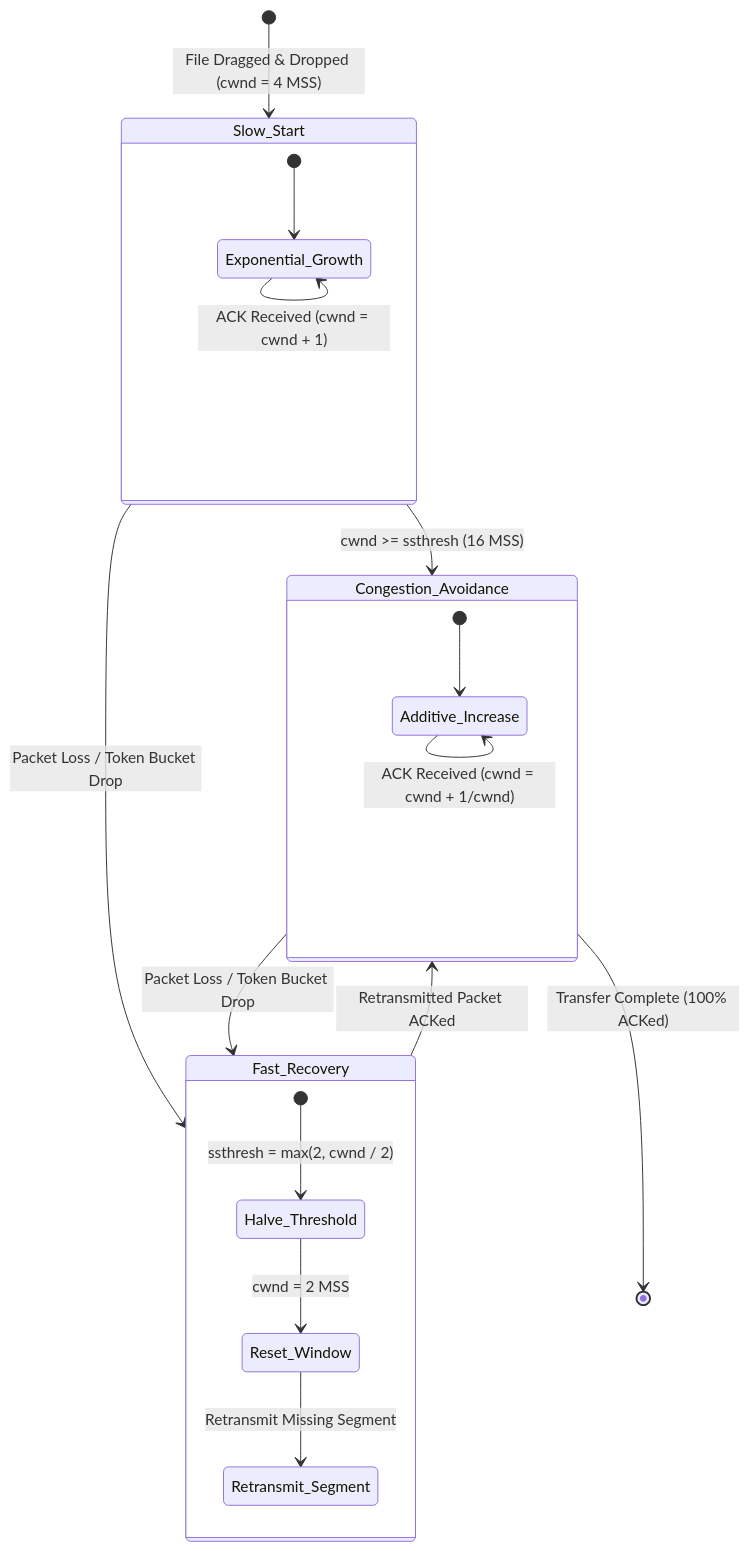
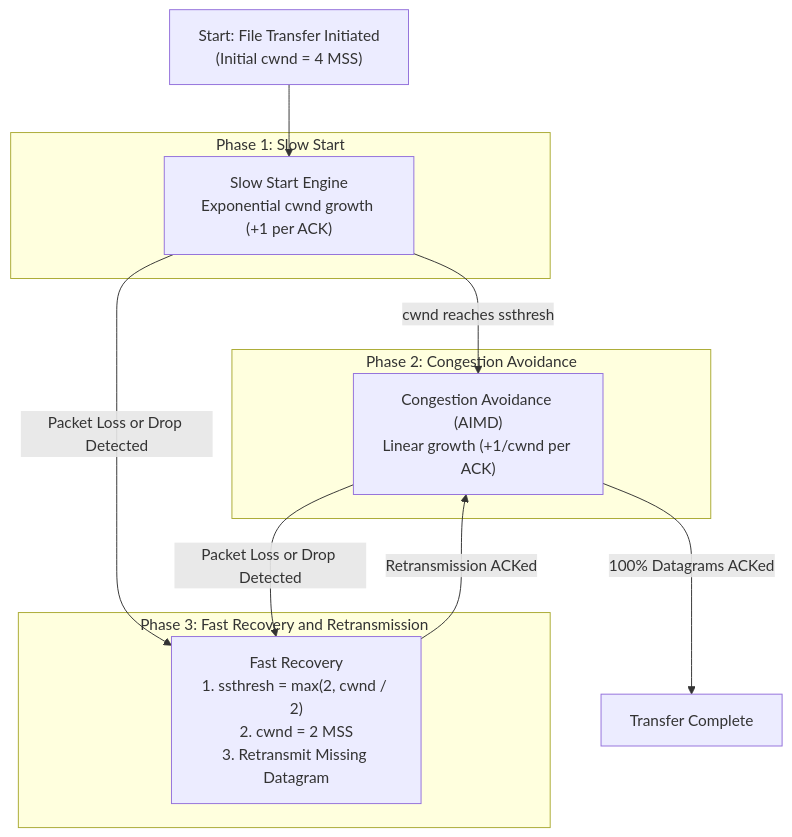
The third of 3 diagrams in report/NetQoS_Computer_Networks_Documentation.md (rakshita1802/NetQoS), drawn with Mermaid before and after one commit. The commit also changed other lines of this file, not shown here.

Commit message:
fix(docs): resolve Mermaid syntax errors for universal markdown rendering

````diff
--- a/report/NetQoS_Computer_Networks_Documentation.md
+++ b/report/NetQoS_Computer_Networks_Documentation.md
@@ -380,28 +377,24 @@
 ```mermaid
-stateDiagram-v2
-    [*] --> Slow_Start: File Dragged & Dropped (cwnd = 4 MSS)
+flowchart TD
+    S0["Start: File Transfer Initiated<br/>(Initial cwnd = 4 MSS)"] --> S1
     
-    state Slow_Start {
-        [*] --> Exponential_Growth
-        Exponential_Growth --> Exponential_Growth: ACK Received (cwnd = cwnd + 1)
-    }
+    subgraph Phase1["Phase 1: Slow Start"]
+        S1["Slow Start Engine<br/>Exponential cwnd growth (+1 per ACK)"]
+    end
     
-    Slow_Start --> Congestion_Avoidance: cwnd >= ssthresh (16 MSS)
+    S1 -->|cwnd reaches ssthresh| S2
     
-    state Congestion_Avoidance {
-        [*] --> Additive_Increase
-        Additive_Increase --> Additive_Increase: ACK Received (cwnd = cwnd + 1/cwnd)
-    }
+    subgraph Phase2["Phase 2: Congestion Avoidance"]
+        S2["Congestion Avoidance (AIMD)<br/>Linear growth (+1/cwnd per ACK)"]
+    end
     
-    Slow_Start --> Fast_Recovery: Packet Loss / Token Bucket Drop
-    Congestion_Avoidance --> Fast_Recovery: Packet Loss / Token Bucket Drop
+    S1 -->|Packet Loss or Drop Detected| S3
+    S2 -->|Packet Loss or Drop Detected| S3
     
-    state Fast_Recovery {
-        [*] --> Halve_Threshold: ssthresh = max(2, cwnd / 2)
-        Halve_Threshold --> Reset_Window: cwnd = 2 MSS
-        Reset_Window --> Retransmit_Segment: Retransmit Missing Segment
-    }
+    subgraph Phase3["Phase 3: Fast Recovery and Retransmission"]
+        S3["Fast Recovery<br/>1. ssthresh = max(2, cwnd / 2)<br/>2. cwnd = 2 MSS<br/>3. Retransmit Missing Datagram"]
+    end
     
-    Fast_Recovery --> Congestion_Avoidance: Retransmitted Packet ACKed
-    Congestion_Avoidance --> [*]: Transfer Complete (100% ACKed)
+    S3 -->|Retransmission ACKed| S2
+    S2 -->|100% Datagrams ACKed| S4["Transfer Complete"]
 ```
````
